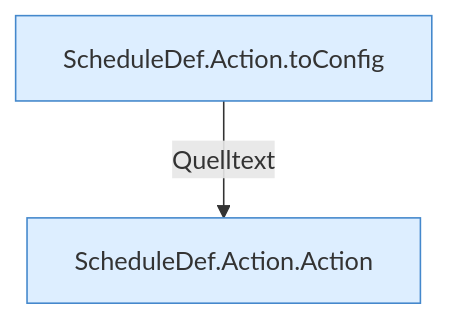
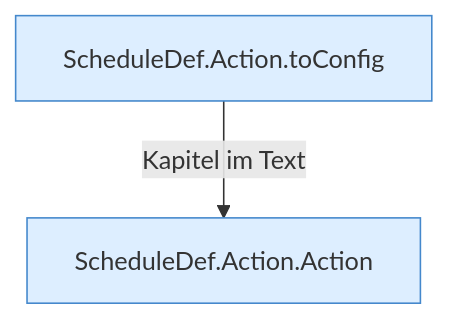
Before and after one commit to PrinceDiamant/minecraft-serverhoster-plugin: the diagram in Action.md, drawn with Mermaid. The commit also changed other lines of this file and 2005 other files, not shown here.

````diff
--- a/Action.md
+++ b/Action.md
@@ -5,8 +5,8 @@
 ```mermaid
 flowchart TD
   n1["ScheduleDef.Action.toConfig"]:::internal-link
   n2["ScheduleDef.Action.Action"]:::internal-link
-  n1 -->|"Quelltext"| n2
+  n1 -->|"Kapitel im Text"| n2
   classDef internal-link fill:#ddeeff,stroke:#4488cc
   classDef befund fill:#f88
 ```
````
